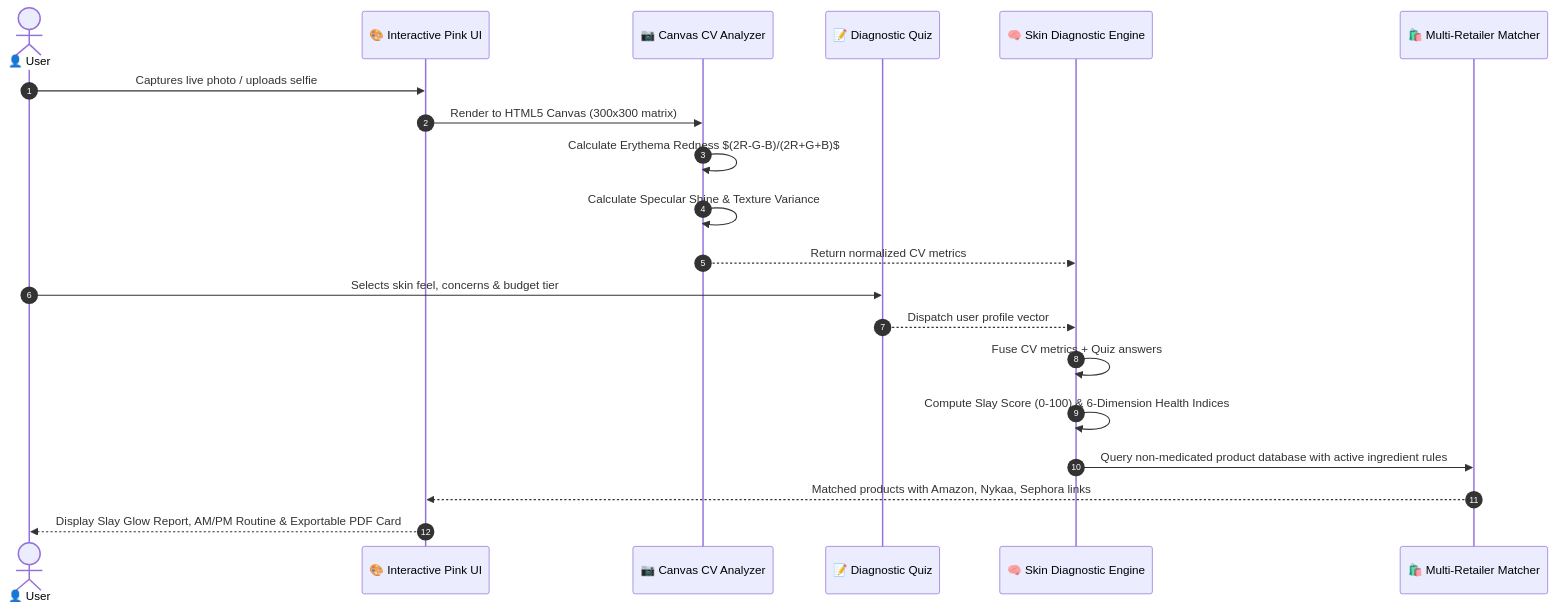
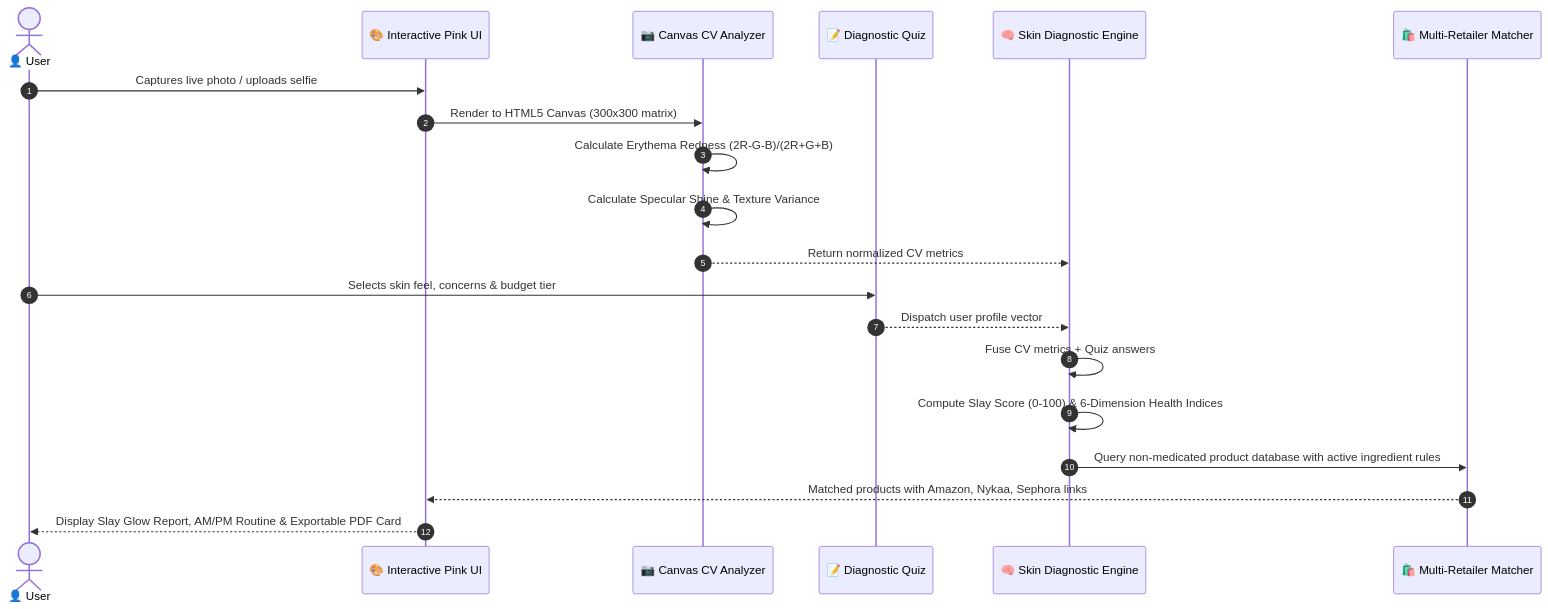
One commit to RidhimaSharma11404/SlaySkin- changed the second of 2 diagrams in README.md. Above: the diagram before and after it, drawn with Mermaid. The commit also changed other lines of this file, not shown here.

````diff
--- a/README.md
+++ b/README.md
@@ -76,25 +83,25 @@
 ```mermaid
 sequenceDiagram
     autonumber
     actor User as 👤 User
     participant UI as 🎨 Interactive Pink UI
     participant CV as 📷 Canvas CV Analyzer
     participant Quiz as 📝 Diagnostic Quiz
     participant ML as 🧠 Skin Diagnostic Engine
     participant Store as 🛍️ Multi-Retailer Matcher
 
     User->>UI: Captures live photo / uploads selfie
     UI->>CV: Render to HTML5 Canvas (300x300 matrix)
-    CV->>CV: Calculate Erythema Redness $(2R-G-B)/(2R+G+B)$
+    CV->>CV: Calculate Erythema Redness (2R-G-B)/(2R+G+B)
     CV->>CV: Calculate Specular Shine & Texture Variance
     CV-->>ML: Return normalized CV metrics
 
     User->>Quiz: Selects skin feel, concerns & budget tier
     Quiz-->>ML: Dispatch user profile vector
 
     ML->>ML: Fuse CV metrics + Quiz answers
     ML->>ML: Compute Slay Score (0-100) & 6-Dimension Health Indices
     ML->>Store: Query non-medicated product database with active ingredient rules
     Store-->>UI: Matched products with Amazon, Nykaa, Sephora links
     UI-->>User: Display Slay Glow Report, AM/PM Routine & Exportable PDF Card
 ```
````
